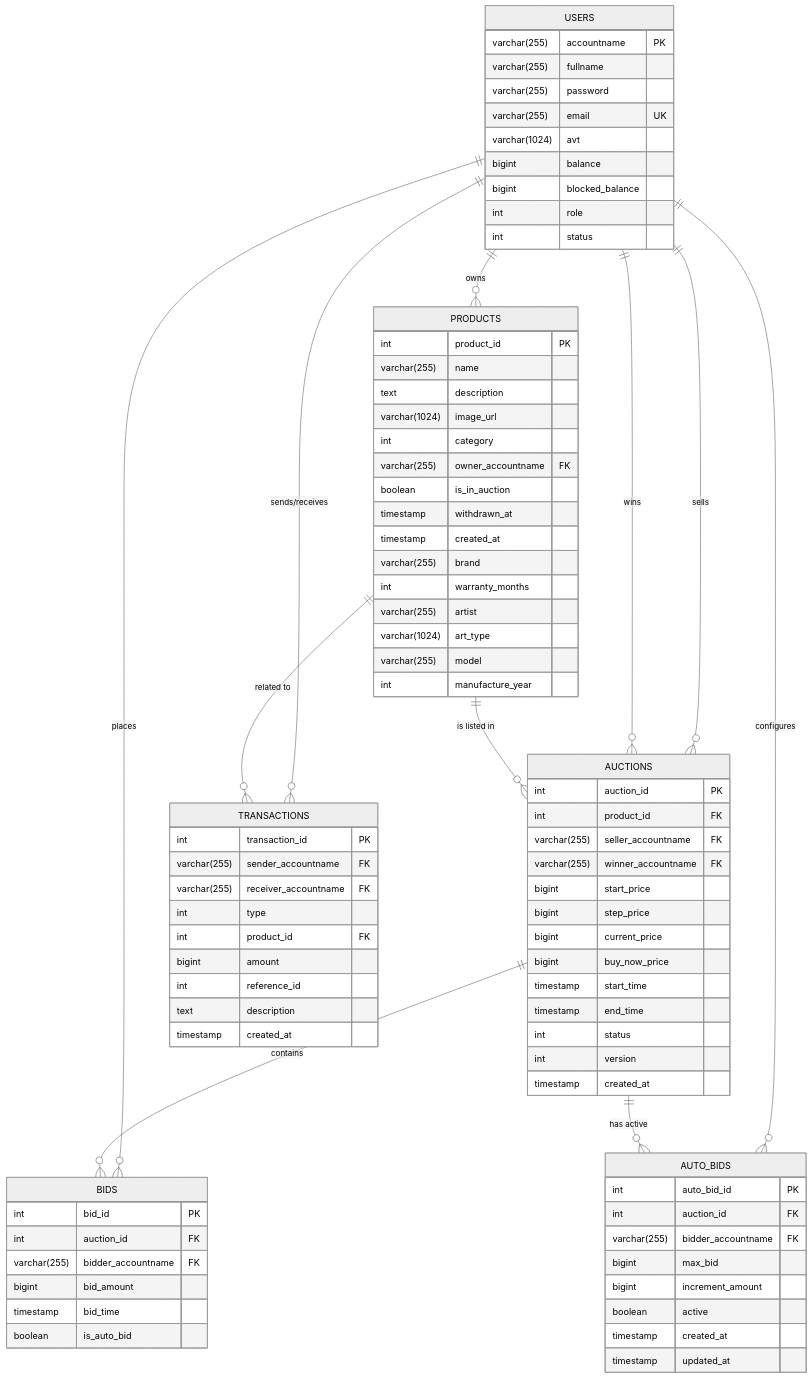
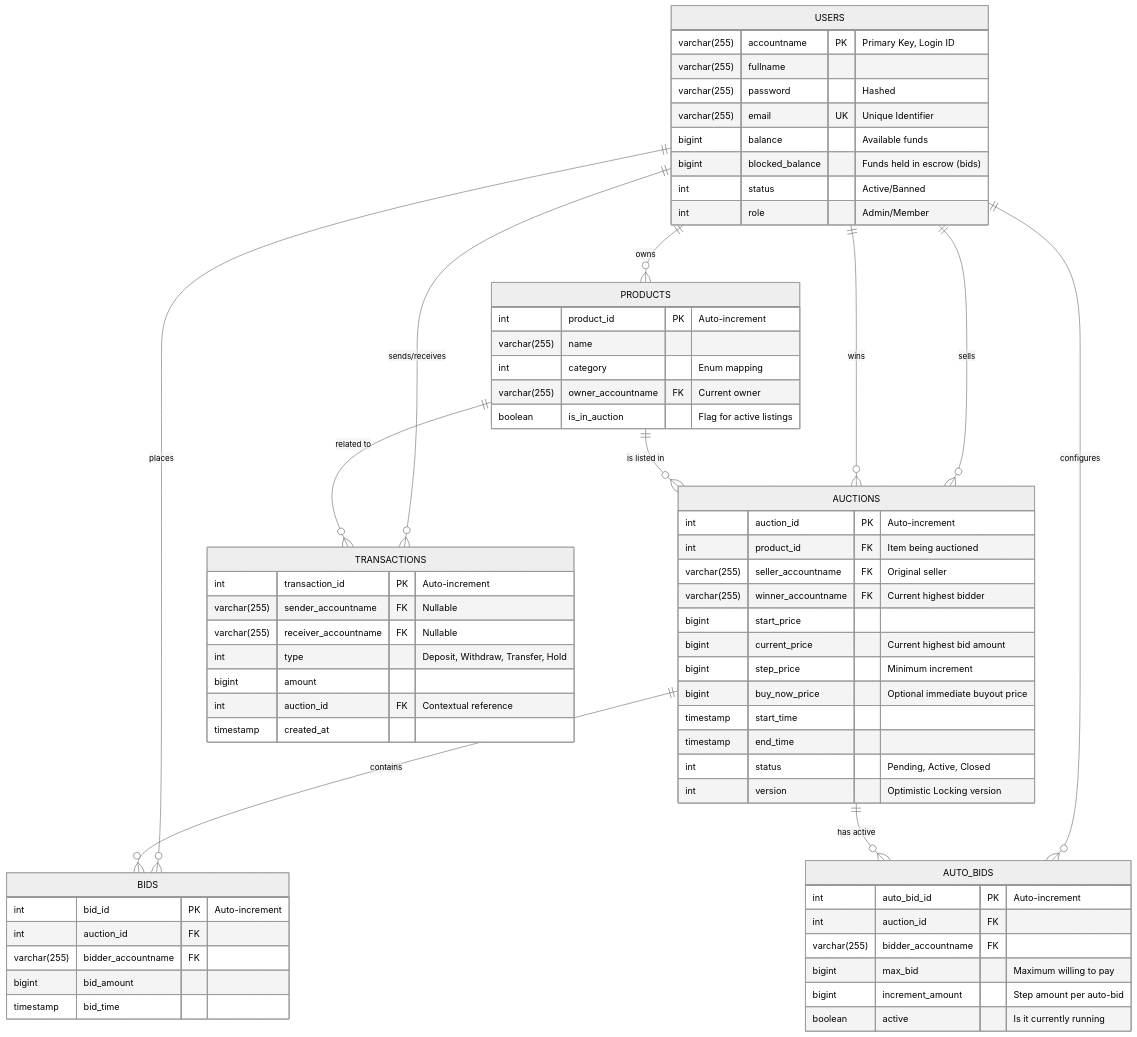
The diagram in docs/DatabaseSchema.md (haidang9107/Bidding), drawn with Mermaid (neutral theme) before and after one commit. The commit also changed other lines of this file and 160 other files, not shown here.

````diff
--- a/docs/DatabaseSchema.md
+++ b/docs/DatabaseSchema.md
@@ -16,80 +22,63 @@
     AUCTIONS ||--o{ AUTO_BIDS : "has active"
 
     USERS {
-        varchar(255) accountname PK
+        varchar(255) accountname PK "Primary Key, Login ID"
         varchar(255) fullname
-        varchar(255) password
-        varchar(255) email UK
-        varchar(1024) avt
-        bigint balance
-        bigint blocked_balance
-        int role
-        int status
+        varchar(255) password "Hashed"
+        varchar(255) email UK "Unique Identifier"
+        bigint balance "Available funds"
+        bigint blocked_balance "Funds held in escrow (bids)"
+        int status "Active/Banned"
+        int role "Admin/Member"
     }
 
     PRODUCTS {
-        int product_id PK
+        int product_id PK "Auto-increment"
         varchar(255) name
-        text description
-        varchar(1024) image_url
-        int category
-        varchar(255) owner_accountname FK
-        boolean is_in_auction
-        timestamp withdrawn_at
-        timestamp created_at
-        varchar(255) brand
-        int warranty_months
-        varchar(255) artist
-        varchar(1024) art_type
-        varchar(255) model
-        int manufacture_year
+        int category "Enum mapping"
+        varchar(255) owner_accountname FK "Current owner"
+        boolean is_in_auction "Flag for active listings"
     }
 
     AUCTIONS {
-        int auction_id PK
-        int product_id FK
-        varchar(255) seller_accountname FK
-        varchar(255) winner_accountname FK
+        int auction_id PK "Auto-increment"
+        int product_id FK "Item being auctioned"
+        varchar(255) seller_accountname FK "Original seller"
+        varchar(255) winner_accountname FK "Current highest bidder"
         bigint start_price
-        bigint step_price
-        bigint current_price
-        bigint buy_now_price
+        bigint current_price "Current highest bid amount"
+        bigint step_price "Minimum increment"
+        bigint buy_now_price "Optional immediate buyout price"
         timestamp start_time
         timestamp end_time
-        int status
-        int version
-        timestamp created_at
+        int status "Pending, Active, Closed"
+        int version "Optimistic Locking version"
     }
 
     BIDS {
-        int bid_id PK
+        int bid_id PK "Auto-increment"
         int auction_id FK
         varchar(255) bidder_accountname FK
         bigint bid_amount
         timestamp bid_time
-        boolean is_auto_bid
     }
 
     AUTO_BIDS {
-        int auto_bid_id PK
+        int auto_bid_id PK "Auto-increment"
         int auction_id FK
         varchar(255) bidder_accountname FK
-        bigint max_bid
-        bigint increment_amount
-        boolean active
-        timestamp created_at
-        timestamp updated_at
+        bigint max_bid "Maximum willing to pay"
+        bigint increment_amount "Step amount per auto-bid"
+        boolean active "Is it currently running"
     }
 
     TRANSACTIONS {
-        int transaction_id PK
-        varchar(255) sender_accountname FK
-        varchar(255) receiver_accountname FK
-        int type
-        int product_id FK
+        int transaction_id PK "Auto-increment"
+        varchar(255) sender_accountname FK "Nullable"
+        varchar(255) receiver_accountname FK "Nullable"
+        int type "Deposit, Withdraw, Transfer, Hold"
         bigint amount
-        int reference_id
-        text description
+        int auction_id FK "Contextual reference"
         timestamp created_at
     }
 ```
````
